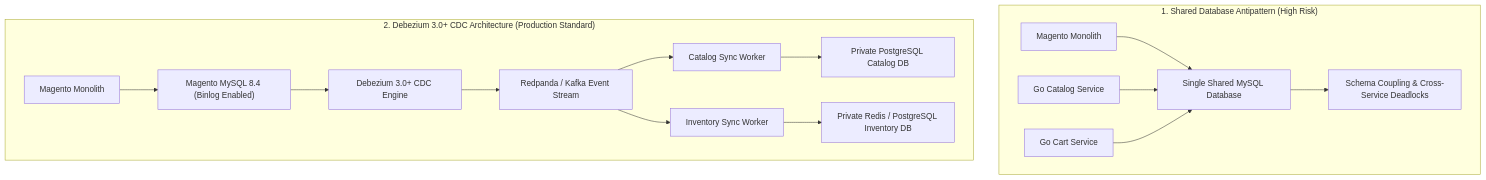
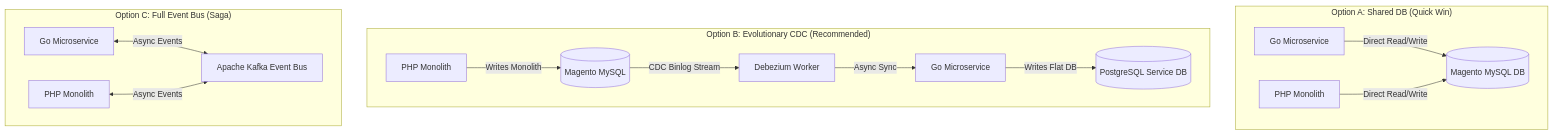
The first of 3 diagrams in content/series/magento-migration-vietnam/strangler-fig-shared-database-quick-win.md (vesviet/vesviet), drawn with Mermaid before and after one commit. The commit also changed other lines of this file and 32 other files, not shown here.

First line of the commit message:
feat(series): full EN upgrades for routing-geospatial, composable-commerce, magento-migration + hero widget deep links

````diff
--- a/content/series/magento-migration-vietnam/strangler-fig-shared-database-quick-win.md
+++ b/content/series/magento-migration-vietnam/strangler-fig-shared-database-quick-win.md
@@ -42,21 +47,17 @@
 ```mermaid
 flowchart TD
-    subgraph Antipattern ["1. Shared Database Antipattern (High Risk)"]
-        MagentoPHP1["Magento Monolith"] --> MySQL_Shared["Single Shared MySQL Database"]
-        GoCatalog1["Go Catalog Service"] --> MySQL_Shared
-        GoCart1["Go Cart Service"] --> MySQL_Shared
-        MySQL_Shared --> Deadlock["Schema Coupling & Cross-Service Deadlocks"]
+    subgraph OptionA["Option A: Shared DB (Quick Win)"]
+        GoA["Go Microservice"] -->|Direct Read/Write| MySQLA[("Magento MySQL DB")]
+        PHPA["PHP Monolith"] -->|Direct Read/Write| MySQLA
     end
-
-    subgraph Recommended_CDC ["2. Debezium 3.0+ CDC Architecture (Production Standard)"]
-        MagentoPHP2["Magento Monolith"] --> MySQL_Source["Magento MySQL 8.4 (Binlog Enabled)"]
-        MySQL_Source --> Debezium["Debezium 3.0+ CDC Engine"]
-        Debezium --> Redpanda["Redpanda / Kafka Event Stream"]
-        
-        Redpanda --> Worker1["Catalog Sync Worker"]
-        Redpanda --> Worker2["Inventory Sync Worker"]
-        
-        Worker1 --> CatalogDB["Private PostgreSQL Catalog DB"]
-        Worker2 --> InventoryDB["Private Redis / PostgreSQL Inventory DB"]
+    subgraph OptionB["Option B: Evolutionary CDC (Recommended)"]
+        GoB["Go Microservice"] -->|Writes Flat DB| GoDB[("PostgreSQL Service DB")]
+        PHPB["PHP Monolith"] -->|Writes Monolith| MySQLB[("Magento MySQL")]
+        MySQLB -->|CDC Binlog Stream| Deb["Debezium Worker"]
+        Deb -->|Async Sync| GoB
+    end
+    subgraph OptionC["Option C: Full Event Bus (Saga)"]
+        GoC["Go Microservice"] <-->|Async Events| KafkaC["Apache Kafka Event Bus"]
+        PHPC["PHP Monolith"] <-->|Async Events| KafkaC
     end
 ```
````
